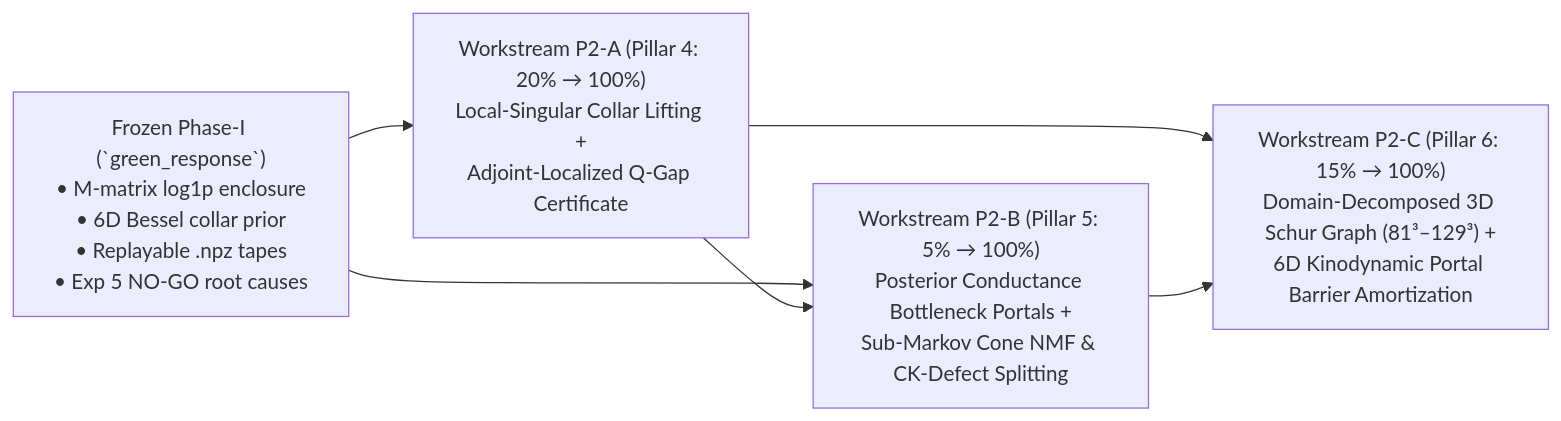
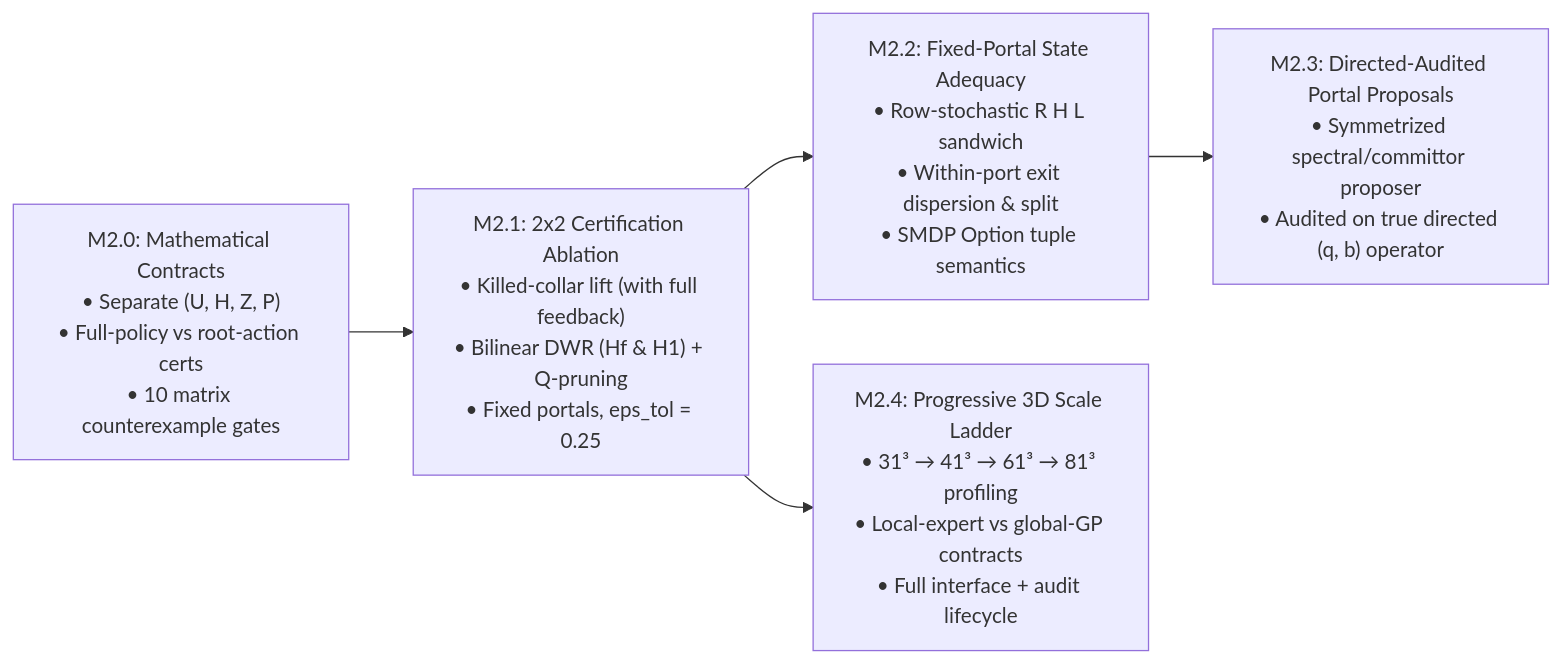
One commit to erzhu419/Auditable-Coarse-to-Fine-Quotient-Planning changed the diagram in green_response/NEXT_PHASE_RESEARCH_ROADMAP.md. Above: the diagram before and after it, drawn with Mermaid. The commit also changed other lines of this file and 8 other files, not shown here.

First line of the commit message:
feat(quotient_phase2): add M2.0 10-counterexample contracts, M2.1 2x2 ablation, and v9 roadmap fixes

````diff
--- a/green_response/NEXT_PHASE_RESEARCH_ROADMAP.md
+++ b/green_response/NEXT_PHASE_RESEARCH_ROADMAP.md
@@ -24,8 +16,7 @@
 ```mermaid
 flowchart LR
-    P1["Frozen Phase-I (`green_response`)\n• M-matrix log1p enclosure\n• 6D Bessel collar prior\n• Replayable .npz tapes\n• Exp 5 NO-GO root causes"] --> T4
-    P1 --> T5
-    T4["Workstream P2-A (Pillar 4: 20% → 100%)\nLocal-Singular Collar Lifting +\nAdjoint-Localized Q-Gap Certificate"] --> T5["Workstream P2-B (Pillar 5: 5% → 100%)\nPosterior Conductance Bottleneck Portals +\nSub-Markov Cone NMF & CK-Defect Splitting"]
-    T4 --> T6["Workstream P2-C (Pillar 6: 15% → 100%)\nDomain-Decomposed 3D Schur Graph (81³–129³) +\n6D Kinodynamic Portal Barrier Amortization"]
-    T5 --> T6
+    M20["M2.0: Mathematical Contracts\n• Separate (U, H, Z, P)\n• Full-policy vs root-action certs\n• 10 matrix counterexample gates"] --> M21["M2.1: 2x2 Certification Ablation\n• Killed-collar lift (with full feedback)\n• Bilinear DWR (Hf & H1) + Q-pruning\n• Fixed portals, eps_tol = 0.25"]
+    M21 --> M22["M2.2: Fixed-Portal State Adequacy\n• Row-stochastic R H L sandwich\n• Within-port exit dispersion & split\n• SMDP Option tuple semantics"]
+    M22 --> M23["M2.3: Directed-Audited Portal Proposals\n• Symmetrized spectral/committor proposer\n• Audited on true directed (q, b) operator"]
+    M21 --> M24["M2.4: Progressive 3D Scale Ladder\n• 31³ → 41³ → 61³ → 81³ profiling\n• Local-expert vs global-GP contracts\n• Full interface + audit lifecycle"]
 ```
````
